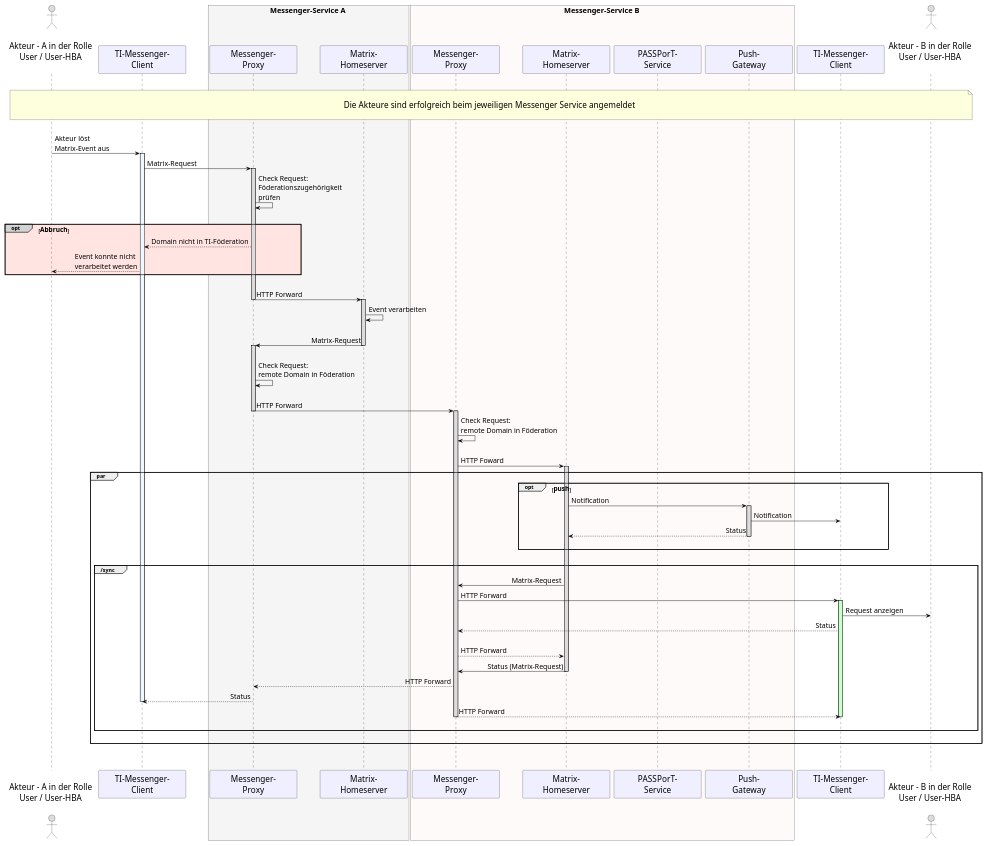
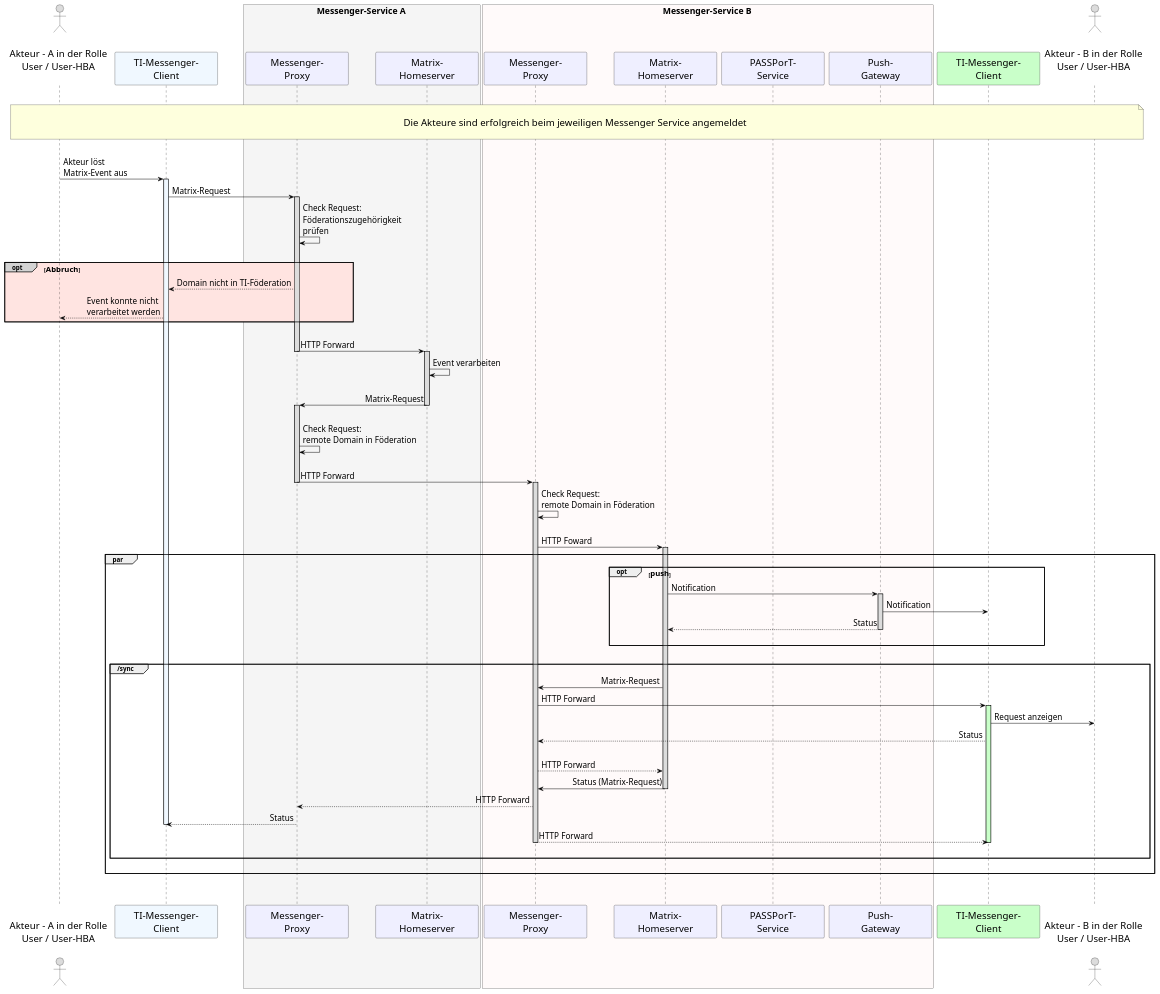
Before and after one commit to gematik/api-ti-messenger: the diagram in src/plantuml/TI-Messenger-Dienst/Ressourcen/UC_10062_Seq.puml, drawn with PlantUML.

```diff
--- a/src/plantuml/TI-Messenger-Dienst/Ressourcen/UC_10062_Seq.puml
+++ b/src/plantuml/TI-Messenger-Dienst/Ressourcen/UC_10062_Seq.puml
@@ -9,108 +9,108 @@
 @startuml
 skinparam sequenceMessageAlign direction
 skinparam minClassWidth 200
 skinparam BoxPadding 1
 skinparam sequenceReferenceHeaderBackgroundColor palegreen
-scale max 2048 width
+scale max 4096 width
 
 skinparam sequence {
 ArrowColor black
 ArrowFontSize 17
 ActorBorderColor black
 LifeLineBorderColor black
 LifeLineBackgroundColor Gainsboro
 
 ParticipantBorderColor Motivation
 ParticipantBackgroundColor Motivation
 ParticipantFontName Impact
 ParticipantFontSize 20
 ParticipantFontColor black
 ParticipantBorderColor Black
 ParticipantBackgroundColor MOTIVATION
 
 ActorBackgroundColor Gainsboro
 ActorFontColor black
 ActorFontSize 20
 ActorFontName Aapex
 }
     actor U1 as "\nAkteur - A in der Rolle\nUser / User-HBA\n"
-    participant C1 as "TI-Messenger-\nClient"
+    participant C1 as "TI-Messenger-\nClient" #AliceBlue
     box <size:18>Messenger-Service A</size> #WhiteSmoke
       participant MP1 as "Messenger-\nProxy"
       participant MH1 as "Matrix-\nHomeserver"
     end box
     box <size:18>Messenger-Service B</size> #Snow
     participant MP2 as "Messenger-\nProxy"
     participant MH2 as "Matrix-\nHomeserver"
     participant PS2 as "PASSPorT-\nService"
     participant PG2 as "Push-\nGateway"
     end box
-    participant C2 as "TI-Messenger-\nClient"
+    participant C2 as "TI-Messenger-\nClient" #TECHNOLOGY
     actor U2 as "\nAkteur - B in der Rolle\nUser / User-HBA\n"
     
     |||
 note over U1, U2: \n<size:20>Die Akteure sind erfolgreich beim jeweiligen Messenger Service angemeldet</size>\n    
     
     |||
     U1->C1: Akteur löst\nMatrix-Event aus
       activate C1 #AliceBlue
       C1->MP1: Matrix-Request
       activate MP1
     MP1->MP1: Check Request:\nFöderationszugehörigkeit\nprüfen
       |||
     opt#LightGrey #MistyRose <size:16>Abbruch</size>
       MP1-->C1: Domain nicht in TI-Föderation
       C1-->U1: Event konnte nicht \nverarbeitet werden
     end
       |||
     MP1->MH1: HTTP Forward
       deactivate MP1
       activate MH1
     MH1->MH1: Event verarbeiten
       |||
     MH1->MP1: Matrix-Request
       deactivate MH1
       activate MP1
       |||
     MP1->MP1: Check Request:\nremote Domain in Föderation
       |||
     MP1->MP2: HTTP Forward
       deactivate MP1
       activate MP2
     MP2->MP2: Check Request:\nremote Domain in Föderation
       |||
     MP2->MH2: HTTP Foward
       activate MH2
     group par 
     opt <size:16>push</size>
     MH2->PG2: Notification
       activate PG2
     PG2->C2: Notification
     PG2-->MH2: Status
       deactivate PG2
     |||
     end
       |||
       group /sync
         MH2->MP2: Matrix-Request
         MP2->C2: HTTP Forward
           activate C2 #TECHNOLOGY
         C2->U2: Request anzeigen
         C2-->MP2: Status
           |||
         MP2-->MH2: HTTP Forward
         MH2->MP2: Status (Matrix-Request)
           deactivate MH2
         MP2-->MP1: HTTP Forward
         MP1-->C1: Status
           deactivate C1
         MP2-->C2: HTTP Forward
           deactivate C2
           deactivate MP2
           |||
       end
 |||
     end
   |||
 |||
 @enduml
```
